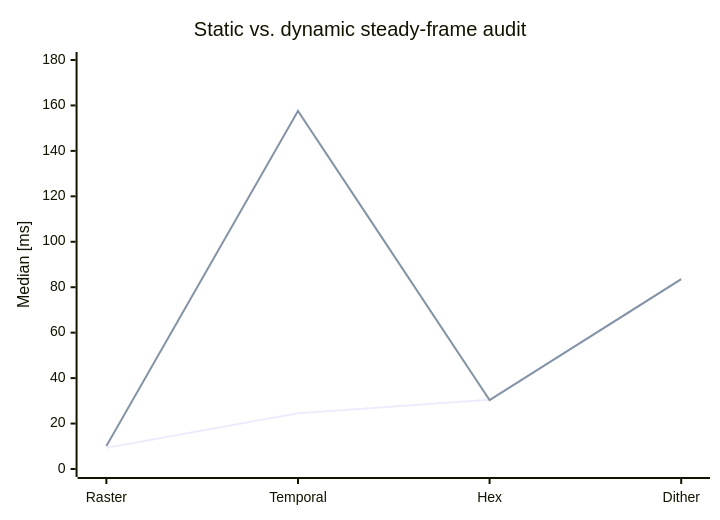
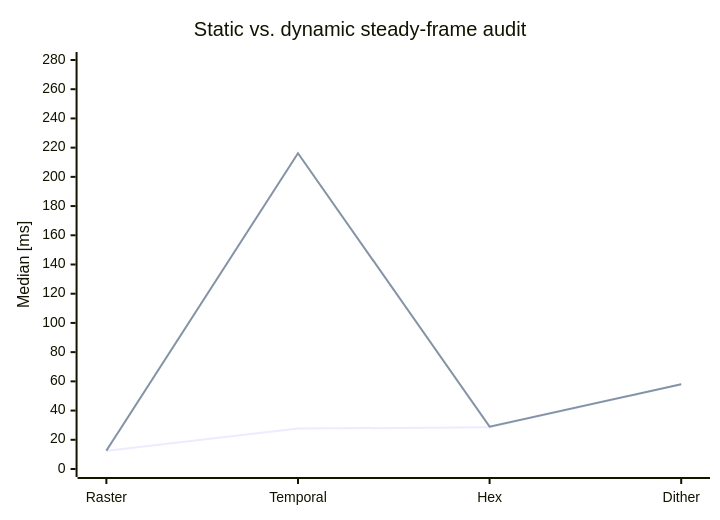
One commit to Esperosa/3D-Renderer-Josefina---PGR2 changed the fourth of 13 diagrams in README.md. Above: the diagram before and after it, drawn with Mermaid. The commit also changed other lines of this file and 112 other files, not shown here.

````diff
--- a/README.md
+++ b/README.md
@@ -276,8 +273,8 @@
 ```mermaid
 xychart-beta
-    title "Static vs. dynamic steady-frame audit"
-    x-axis ["Raster", "Temporal", "Hex", "Dither"]
-    y-axis "Median [ms]" 0 --> 180
-    line "Static steady" [9.36, 24.49, 30.48, 83.33]
-    line "Dynamic steady" [10.11, 157.57, 30.32, 83.55]
+  title "Static vs. dynamic steady-frame audit"
+  x-axis ["Raster", "Temporal", "Hex", "Dither"]
+  y-axis "Median [ms]" 0 --> 280
+  line "Static steady" [12.43, 27.65, 28.51, 57.99]
+  line "Dynamic steady" [12.57, 216.17, 28.99, 58.05]
 ```
````
